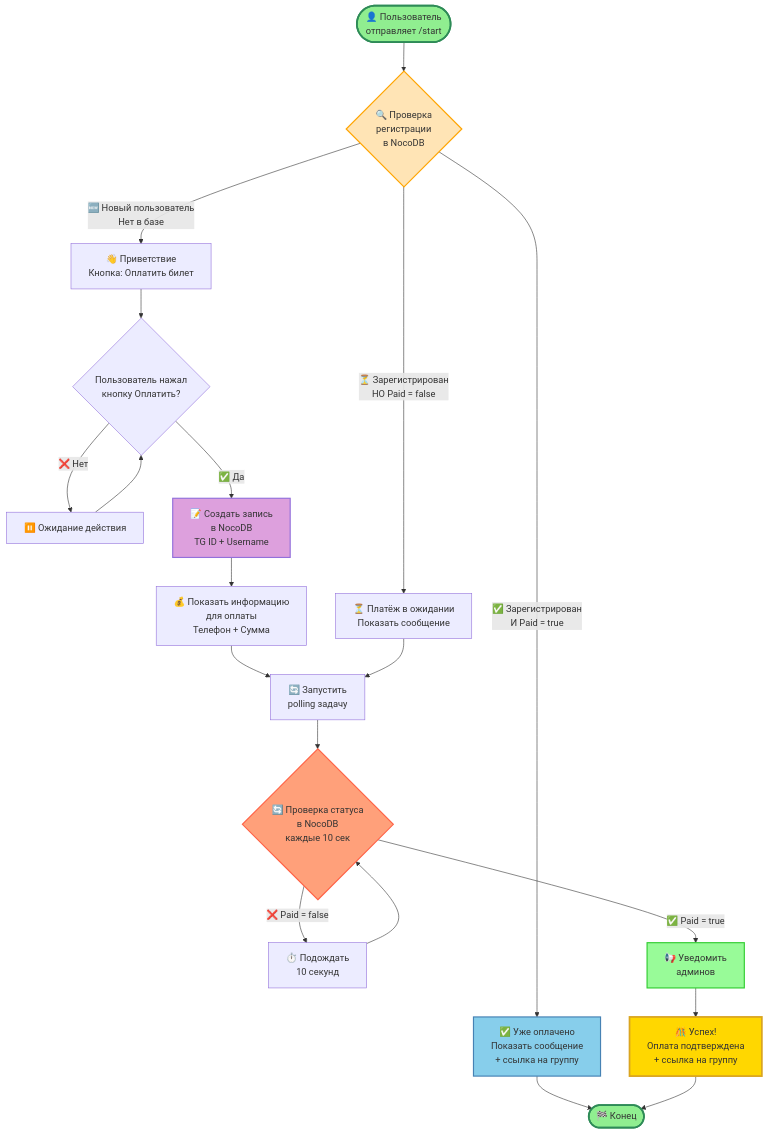
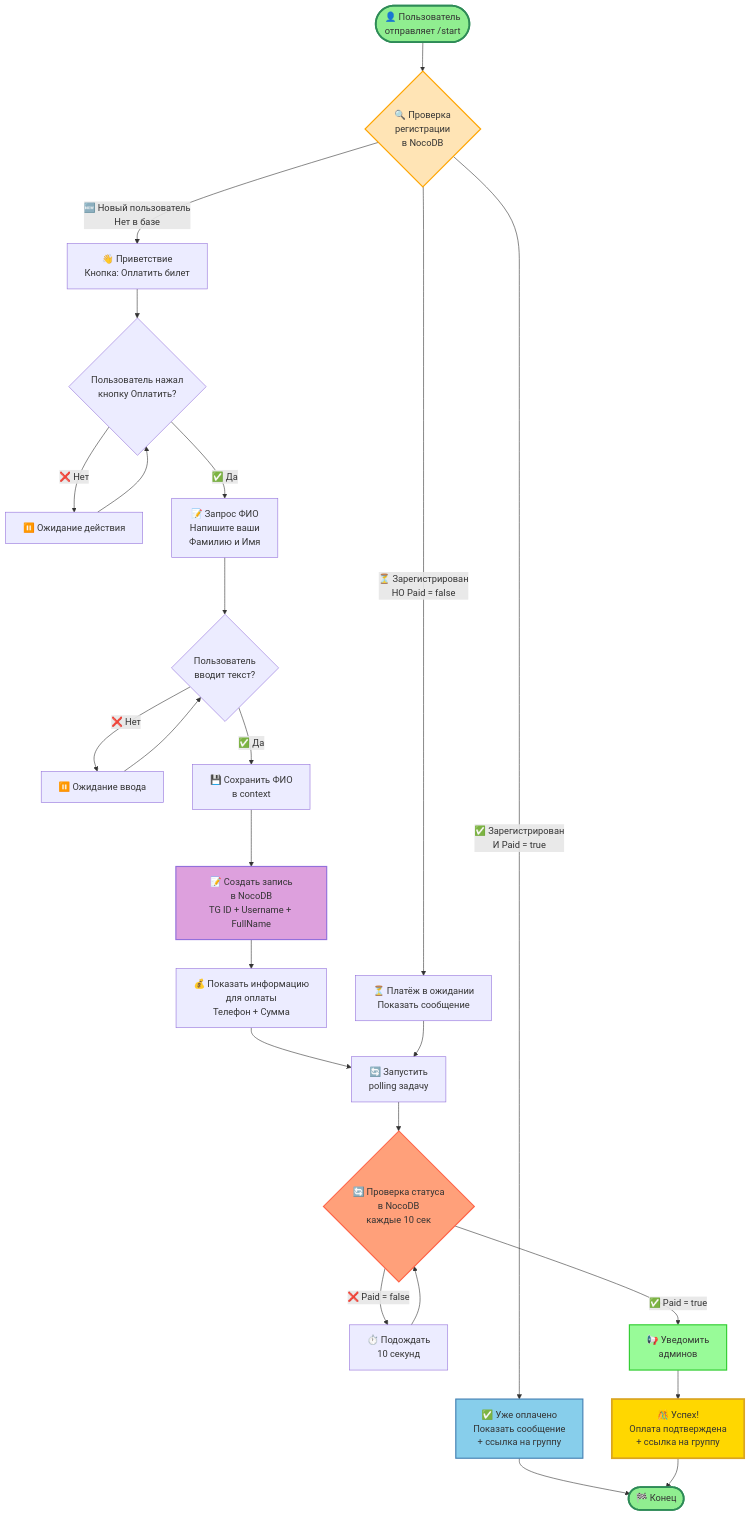
Before and after one commit to Jacke/meetping: the diagram in docs/payment_flow_detailed.md, drawn with Mermaid. The commit also changed other lines of this file and 6 other files, not shown here.

Commit message:
feat(core): add fio acceptance flow

````diff
--- a/docs/payment_flow_detailed.md
+++ b/docs/payment_flow_detailed.md
@@ -5,36 +5,43 @@
 ```mermaid
 flowchart TB
     START([👤 Пользователь<br/>отправляет /start]) --> CHECK_USER{🔍 Проверка<br/>регистрации<br/>в NocoDB}
 
     CHECK_USER -->|✅ Зарегистрирован<br/>И Paid = true| ALREADY_PAID[✅ Уже оплачено<br/>Показать сообщение<br/>+ ссылка на группу]
     CHECK_USER -->|⏳ Зарегистрирован<br/>НО Paid = false| PAYMENT_PENDING[⏳ Платёж в ожидании<br/>Показать сообщение]
     CHECK_USER -->|🆕 Новый пользователь<br/>Нет в базе| WELCOME[👋 Приветствие<br/>Кнопка: Оплатить билет]
 
     WELCOME --> PAYMENT_BTN{Пользователь нажал<br/>кнопку Оплатить?}
     PAYMENT_BTN -->|❌ Нет| WAIT_BTN[⏸️ Ожидание действия]
     WAIT_BTN --> PAYMENT_BTN
-    PAYMENT_BTN -->|✅ Да| CREATE_RECORD[📝 Создать запись<br/>в NocoDB<br/>TG ID + Username]
+    PAYMENT_BTN -->|✅ Да| ASK_FULLNAME[📝 Запрос ФИО<br/>Напишите ваши<br/>Фамилию и Имя]
+
+    ASK_FULLNAME --> USER_TYPES_NAME{Пользователь<br/>вводит текст?}
+    USER_TYPES_NAME -->|❌ Нет| WAIT_NAME[⏸️ Ожидание ввода]
+    WAIT_NAME --> USER_TYPES_NAME
+    USER_TYPES_NAME -->|✅ Да| SAVE_FULLNAME[💾 Сохранить ФИО<br/>в context]
+
+    SAVE_FULLNAME --> CREATE_RECORD[📝 Создать запись<br/>в NocoDB<br/>TG ID + Username + FullName]
 
     CREATE_RECORD --> PAYMENT_INFO[💰 Показать информацию<br/>для оплаты<br/>Телефон + Сумма]
     PAYMENT_INFO --> POLLING_START[🔄 Запустить<br/>polling задачу]
     PAYMENT_PENDING --> POLLING_START
 
     POLLING_START --> POLL_CHECK{🔄 Проверка статуса<br/>в NocoDB<br/>каждые 10 сек}
     POLL_CHECK -->|❌ Paid = false| WAIT_10[⏱️ Подождать<br/>10 секунд]
     WAIT_10 --> POLL_CHECK
 
     POLL_CHECK -->|✅ Paid = true| NOTIFY_ADMIN[📢 Уведомить<br/>админов]
     NOTIFY_ADMIN --> SUCCESS[🎊 Успех!<br/>Оплата подтверждена<br/>+ ссылка на группу]
 
     ALREADY_PAID --> END([🏁 Конец])
     SUCCESS --> END
 
     style START fill:#90EE90,stroke:#2E8B57,stroke-width:3px
     style SUCCESS fill:#FFD700,stroke:#DAA520,stroke-width:3px
     style ALREADY_PAID fill:#87CEEB,stroke:#4682B4,stroke-width:2px
     style POLL_CHECK fill:#FFA07A,stroke:#FF6347,stroke-width:2px
     style CREATE_RECORD fill:#DDA0DD,stroke:#9370DB,stroke-width:2px
     style CHECK_USER fill:#FFE4B5,stroke:#FFA500,stroke-width:2px
     style NOTIFY_ADMIN fill:#98FB98,stroke:#32CD32,stroke-width:2px
     style END fill:#90EE90,stroke:#2E8B57,stroke-width:3px
 ```
````
